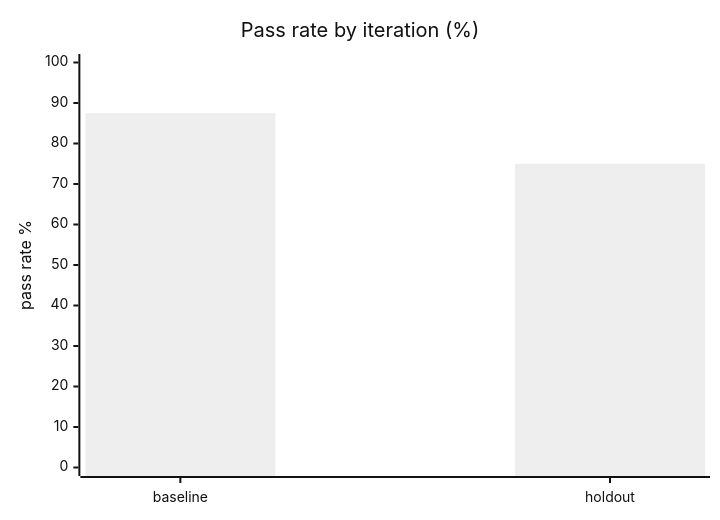
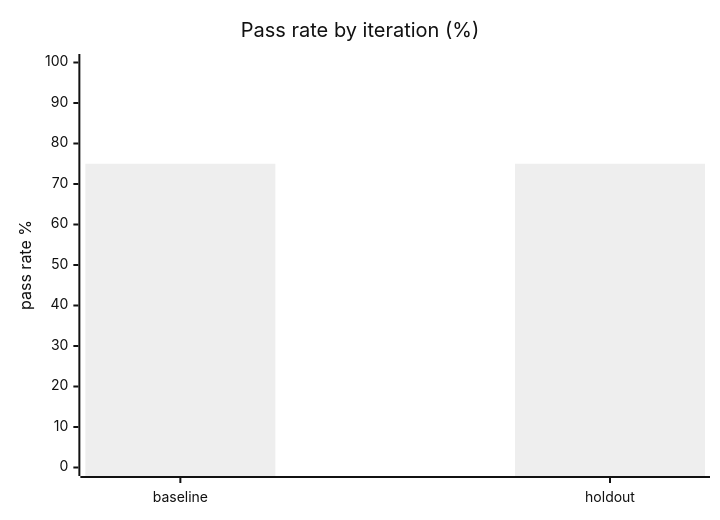
Before and after one commit to AyushSingh2024/ForgeAI: the diagram in backend/demos/hr_policy/run/REPORT.md, drawn with Mermaid (neutral theme). The commit also changed other lines of this file and 76 other files, not shown here.

````diff
--- a/backend/demos/hr_policy/run/REPORT.md
+++ b/backend/demos/hr_policy/run/REPORT.md
@@ -53,7 +53,7 @@
 ```mermaid
 xychart-beta
     title "Pass rate by iteration (%)"
     x-axis ["baseline", "holdout"]
     y-axis "pass rate %" 0 --> 100
-    bar [87.5, 75.0]
+    bar [75.0, 75.0]
 ```
````
